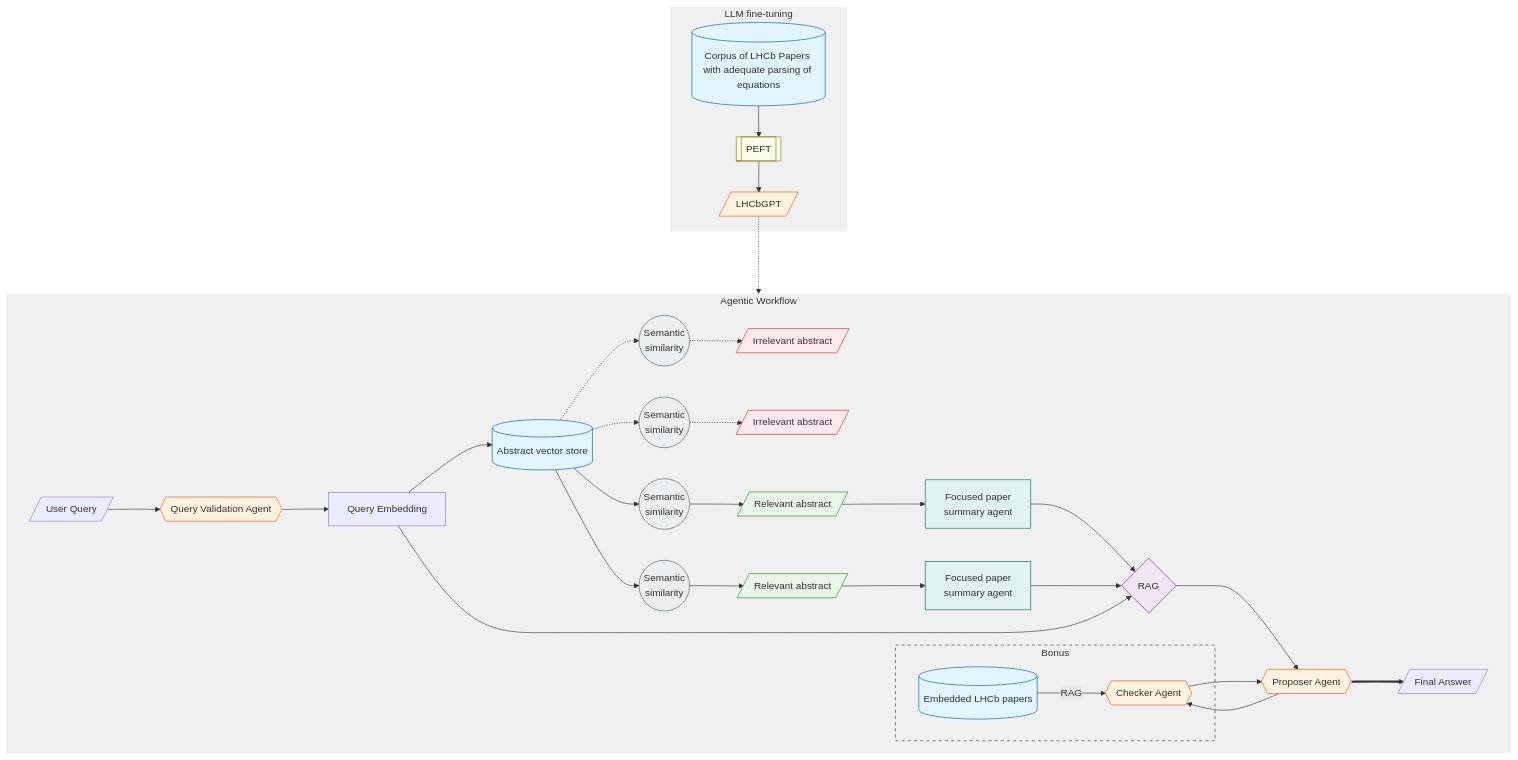
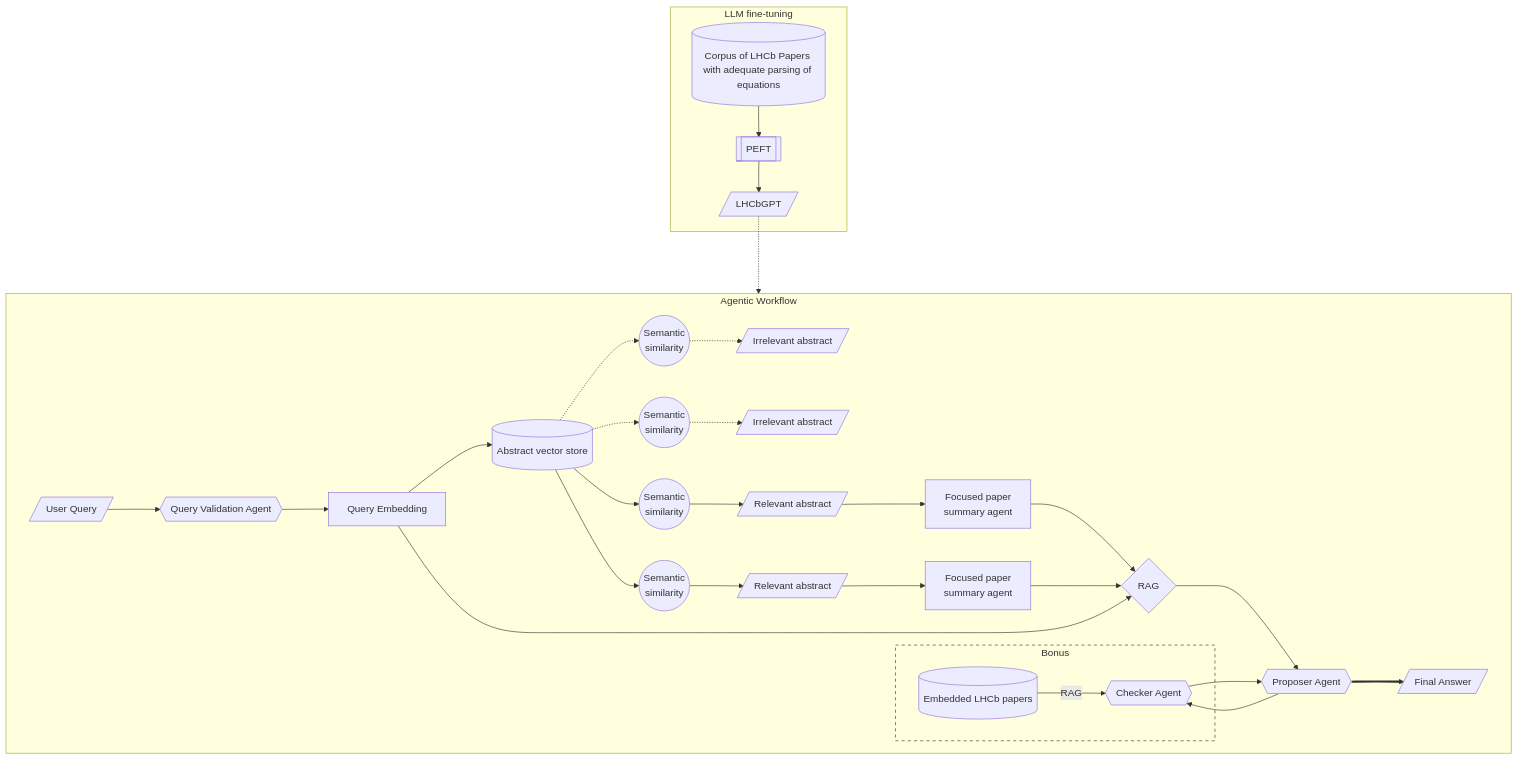
The diagram in README.md (reallyblaised/beauty-in-stats), drawn with Mermaid before and after one commit. The commit also changed other lines of this file, not shown here.

Commit message:
mermaid cleanup & AIEng added

````diff
--- a/README.md
+++ b/README.md
@@ -8,82 +8,61 @@
 ```mermaid
 graph TD
     subgraph FT ["LLM fine-tuning"]
         Knowledge[(Corpus of LHCb Papers with adequate parsing of equations)]
         FT_node[[PEFT]]
         LLM_model[/LHCbGPT/]
         
         Knowledge --> FT_node
         FT_node --> LLM_model
     end
     
     subgraph Flow ["Agentic Workflow"]
         subgraph Bonus ["Bonus"]
                 LHCbCorpus[(Embedded LHCb papers)]
                 Checker{{Checker Agent}}
             end
         LHCbCorpus[(Embedded LHCb papers)]
         User[/"User Query"/]
         QueryEmbedding[Query Embedding]
         QV{{Query Validation Agent}}
         Abstracts[(Abstract vector store)]
         RP1[/Relevant abstract/]
         RP2[/Relevant abstract/]
         IP1[/Irrelevant abstract/]
         IP2[/Irrelevant abstract/]
         RAGnode{RAG}
         SS1((Semantic<br/>similarity))
         SS2((Semantic<br/>similarity))
         SS3((Semantic<br/>similarity))
         SS4((Semantic<br/>similarity))
         Summary1[Focused paper<br/>summary agent]
         Summary2[Focused paper<br/>summary agent]
         Proposer{{Proposer Agent}}
         Checker{{Checker Agent}}
         Answer[/Final Answer/]
         
         User --> QV
         QV --> QueryEmbedding
         QueryEmbedding --> Abstracts
         Abstracts -.-> SS1 -.-> IP1
         Abstracts -.-> SS2 -.-> IP2
         Abstracts --> SS3 --> RP1
         Abstracts --> SS4 --> RP2
         RP1 --> Summary1
         RP2 --> Summary2
         Summary1 --> RAGnode
         Summary2 --> RAGnode
         QueryEmbedding --> RAGnode
         RAGnode --> Proposer
         Proposer --> Checker
         LHCbCorpus -- RAG --> Checker
         Checker --> Proposer
         Proposer ==> Answer
     end
     
     %% Connect the workflows
     LLM_model -..-> Flow
     
-    style FT fill:#f0f0f0,stroke:#333,stroke-width:0px
-    style FT_node fill:#f9fbe7,stroke:#827717
-    style Flow fill:#f0f0f0,stroke:#333,stroke-width:0px
-    style Knowledge fill:#e1f5fe,stroke:#01579b
-    style LLM_model fill:#fff3e0,stroke:#e65100
-    style Proposer fill:#fff3e0,stroke:#e65100
-    style Checker fill:#fff3e0,stroke:#e65100
-    style LHCbCorpus fill:#e1f5fe,stroke:#01579b
-    style Abstracts fill:#e1f5fe,stroke:#01579b
-    style IP1 fill:#ffebee,stroke:#c62828
-    style IP2 fill:#ffebee,stroke:#c62828
-    style RP1 fill:#e8f5e9,stroke:#2e7d32
-    style RP2 fill:#e8f5e9,stroke:#2e7d32
-    style RAGnode fill:#f3e5f5,stroke:#6a1b9a
-    style Summary1 fill:#e0f2f1,stroke:#00695c
-    style Summary2 fill:#e0f2f1,stroke:#00695c
-    style SS1 fill:#eceff1,stroke:#455a64
-     style SS2 fill:#eceff1,stroke:#455a64
-      style SS3 fill:#eceff1,stroke:#455a64
-       style SS4 fill:#eceff1,stroke:#455a64
-
-    style QV fill:#fff3e0,stroke:#e65100
+   
      style Bonus fill:none,stroke:#333,stroke-width:1px,stroke-dasharray: 5 5
 ```
````
